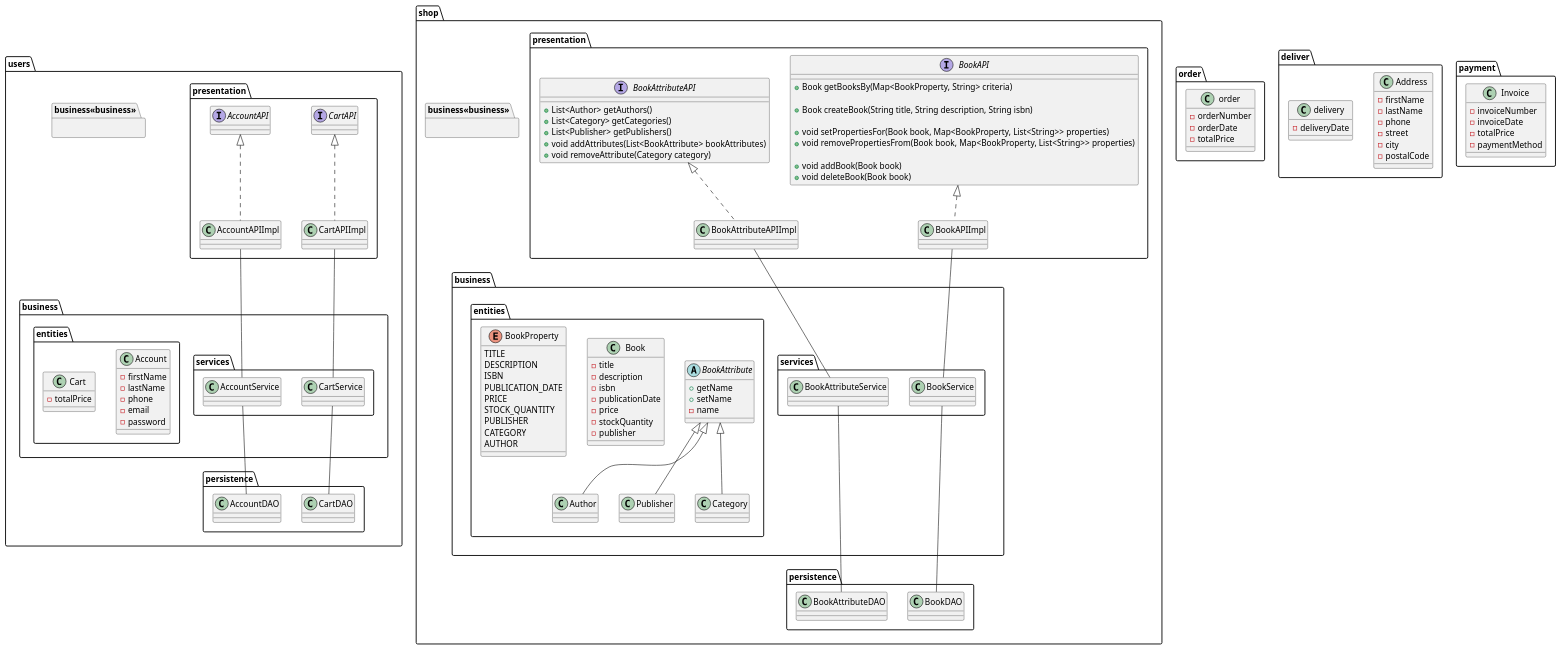
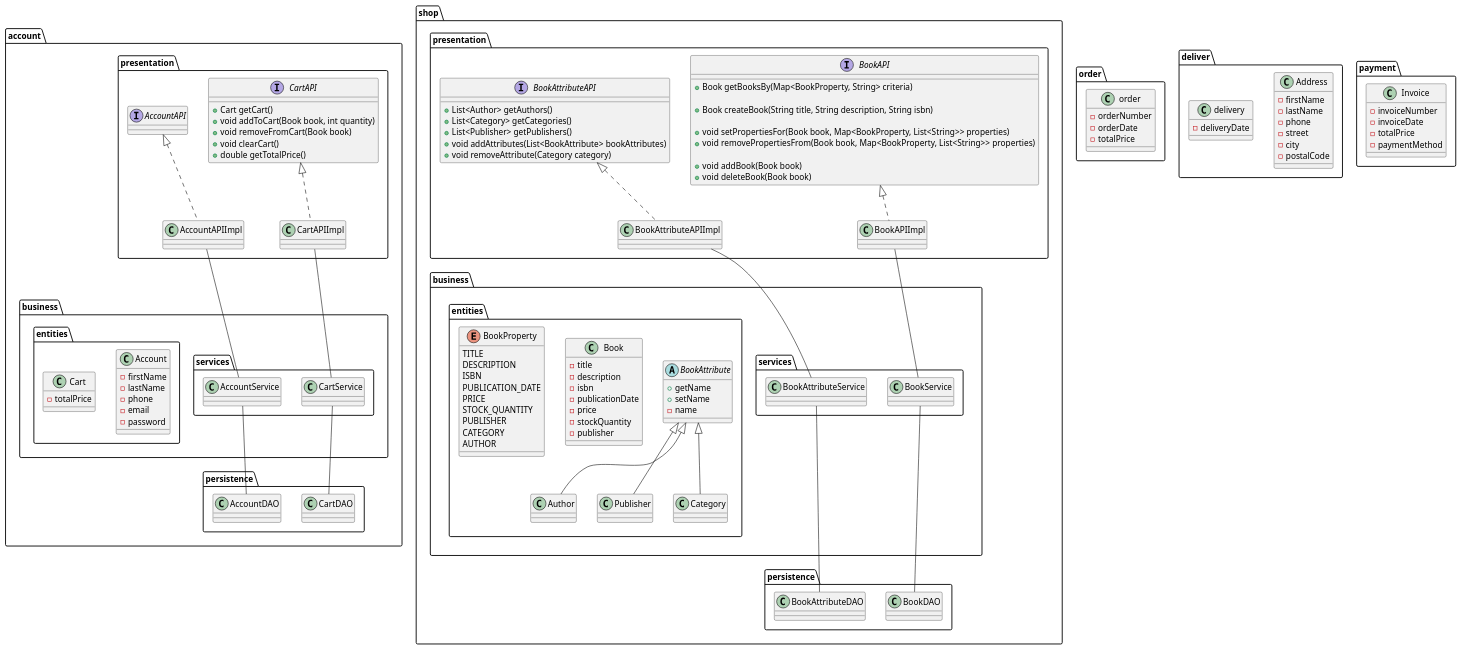
The diagram in diagrams/classes.puml (hugo-coisne/ETE25-MGL7361-Groupe-1-Projet-3), drawn with PlantUML before and after one commit. The commit also changed 18 other files, not shown here.

Commit message:
:recycle: rename user to account as per entity/association diagram

```diff
--- a/diagrams/classes.puml
+++ b/diagrams/classes.puml
@@ -5,28 +5,32 @@
 '    BackgroundColor #lightgrey/white
 '    ArrowColor SeaGreen
 '    BorderColor #black
-'    BackgroundColor<<business>> #orange\white 
+'    BackgroundColor  #orange\white 
 '}
 
-package users {
+package account {
 
-    package users.presentation { 
+    package account.presentation { 
 
         interface CartAPI {
-
+            + Cart getCart()
+            + void addToCart(Book book, int quantity)
+            + void removeFromCart(Book book)
+            + void clearCart()
+            + double getTotalPrice()
         }
 
         class CartAPIImpl implements CartAPI
 
         interface AccountAPI {
-
+            
         }
 
         class AccountAPIImpl implements AccountAPI
     }
 
-    package users.business<<business>>{
-        package users.business.services{
+    package account.business {
+        package account.business.services{
             class CartService {
 
             }
@@ -37,7 +41,7 @@
             }
         }
 
-        package users.business.entities {
+        package account.business.entities {
             class Account {
                 - firstName
                 - lastName
@@ -51,7 +55,7 @@
             }
         }
     }
-    package users.persistence {
+    package account.persistence {
         class CartDAO {
 
         }
@@ -98,7 +102,7 @@
 
     }
 
-    package shop.business<<business>>{
+    package shop.business {
         together {
             
             package shop.business.entities {
```
